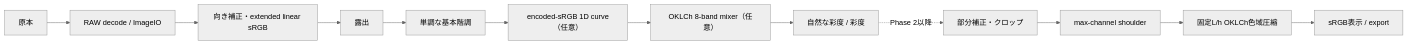
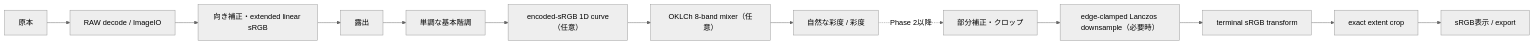
Before and after one commit to takuyatakahamaT/photoedit: the second of 2 diagrams in DESIGN.md, drawn with Mermaid (neutral theme). The commit also changed other lines of this file and 15 other files, not shown here.

````diff
--- a/DESIGN.md
+++ b/DESIGN.md
@@ -362,14 +362,15 @@
 ```mermaid
 flowchart LR
     A["原本"] --> B["RAW decode / ImageIO"]
     B --> C["向き補正・extended linear sRGB"]
     C --> D["露出"]
     D --> E["単調な基本階調"]
     E --> F["encoded-sRGB 1D curve（任意）"]
     F --> G["OKLCh 8-band mixer（任意）"]
     G --> H["自然な彩度 / 彩度"]
     H -. "Phase 2以降" .-> I["部分補正・クロップ"]
-    I --> J["max-channel shoulder"]
-    J --> K["固定L/h OKLCh色域圧縮"]
-    K --> L["sRGB表示 / export"]
+    I --> J["edge-clamped Lanczos downsample（必要時）"]
+    J --> K["terminal sRGB transform"]
+    K --> L["exact extent crop"]
+    L --> M["sRGB表示 / export"]
 ```
````
